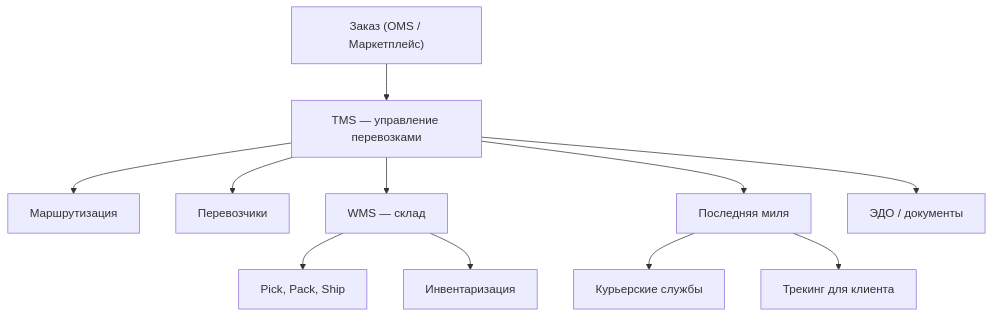
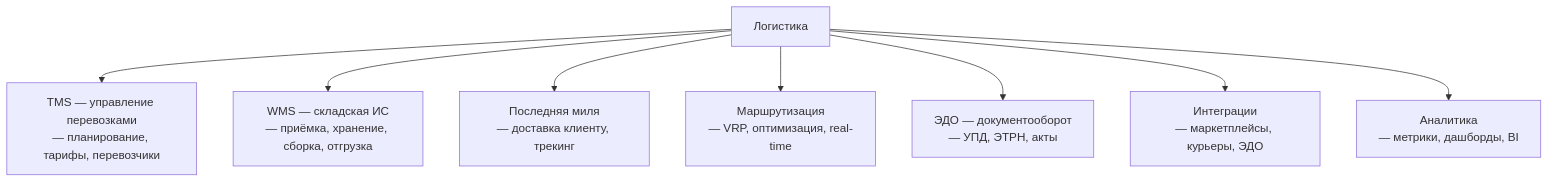
Before and after one commit to sergeyodnoval-bot/sysanalyst-kb.github.io: the diagram in docs/specialization/logistics-path.md, drawn with Mermaid. The commit also changed other lines of this file and 13 other files, not shown here.

````diff
--- a/docs/specialization/logistics-path.md
+++ b/docs/specialization/logistics-path.md
@@ -22,13 +52,11 @@
 ```mermaid
 flowchart TD
-    ORD["Заказ (OMS / Маркетплейс)"] --> TMS["TMS — управление перевозками"]
-    TMS --> ROUT["Маршрутизация"]
-    TMS --> CARRIER["Перевозчики"]
-    TMS --> WMS["WMS — склад"]
-    WMS --> PICK["Pick, Pack, Ship"]
-    WMS --> INV["Инвентаризация"]
-    TMS --> LML["Последняя миля"]
-    LML --> COURIER["Курьерские службы"]
-    LML --> TRACK["Трекинг для клиента"]
-    TMS --> EDO["ЭДО / документы"]
+    LOG["Логистика"]
+    LOG --> TMS["TMS — управление перевозками<br/>— планирование, тарифы, перевозчики"]
+    LOG --> WMS["WMS — складская ИС<br/>— приёмка, хранение, сборка, отгрузка"]
+    LOG --> LM["Последняя миля<br/>— доставка клиенту, трекинг"]
+    LOG --> ROUT["Маршрутизация<br/>— VRP, оптимизация, real-time"]
+    LOG --> EDO["ЭДО — документооборот<br/>— УПД, ЭТРН, акты"]
+    LOG --> INT["Интеграции<br/>— маркетплейсы, курьеры, ЭДО"]
+    LOG --> ANAL["Аналитика<br/>— метрики, дашборды, BI"]
 ```
````
